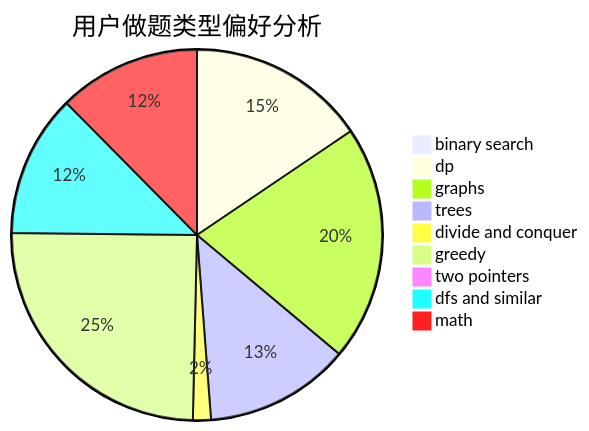
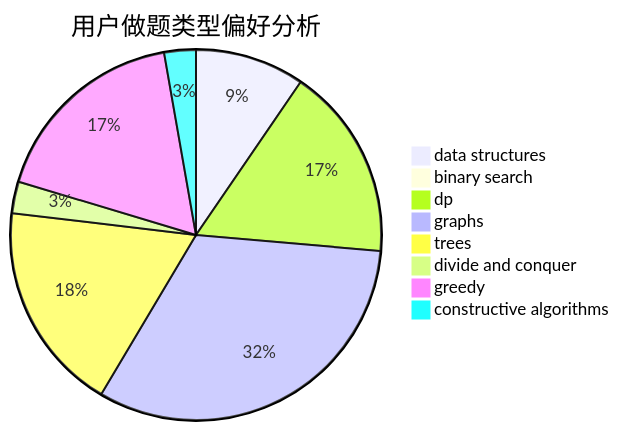
The second of 3 diagrams in docs/user/u1153.md (sherpahu/cfrs.github.io), drawn with Mermaid before and after one commit. The commit also changed other lines of this file and 2775 other files, not shown here.

````diff
--- a/docs/user/u1153.md
+++ b/docs/user/u1153.md
@@ -23,12 +23,11 @@
 ```mermaid
 pie title 用户做题类型偏好分析
+    "data structures" :  38
     "binary search" :  3
-    "dp" :  109
-    "graphs" :  144
-    "trees" :  89
+    "dp" :  67
+    "graphs" :  128
+    "trees" :  73
     "divide and conquer" :  11
-    "greedy" :  174
-    "two pointers" :  5
-    "dfs and similar" :  87
-    "math" :  87
+    "greedy" :  70
+    "constructive algorithms" :  11
 ```
````
